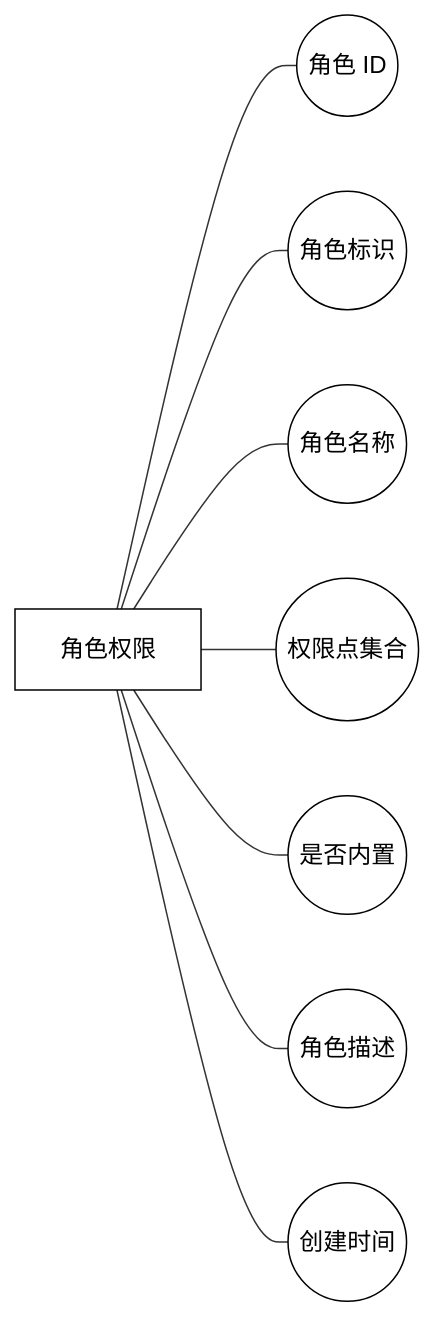
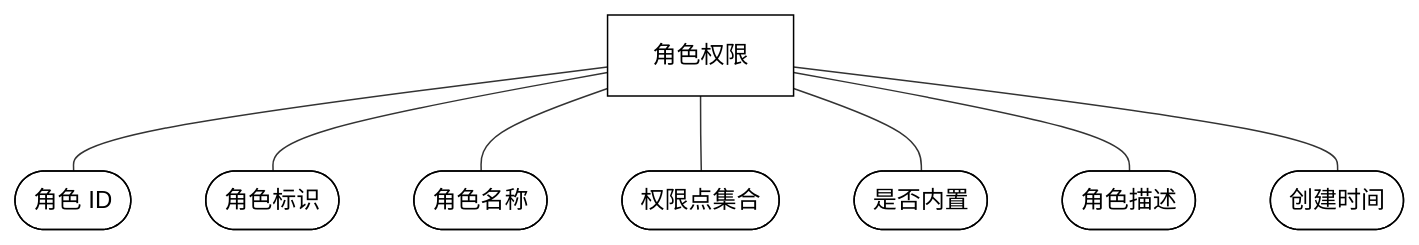
One commit to carl-Tu/campus-management changed diagram 31 of 31 in docs/功能需求分析与用例图.md. Above: the diagram before and after it, drawn with Mermaid. The commit also changed other lines of this file, not shown here.

Commit message:
docs：E-R图字段改为椭圆形，结构改为实体在上、字段在下的上下结构

````diff
--- a/docs/功能需求分析与用例图.md
+++ b/docs/功能需求分析与用例图.md
@@ -1263,22 +1263,22 @@
 ```mermaid
-flowchart LR
+flowchart TD
   E["角色权限"]
-  A1((角色 ID))
-  A2((角色标识))
-  A3((角色名称))
-  A4((权限点集合))
-  A5((是否内置))
-  A6((角色描述))
-  A7((创建时间))
+  A1([角色 ID])
+  A2([角色标识])
+  A3([角色名称])
+  A4([权限点集合])
+  A5([是否内置])
+  A6([角色描述])
+  A7([创建时间])
 
   E --- A1
   E --- A2
   E --- A3
   E --- A4
   E --- A5
   E --- A6
   E --- A7
 
   classDef box fill:#ffffff,stroke:#000000,stroke-width:1px,color:#000000
   class E,A1,A2,A3,A4,A5,A6,A7 box
 ```
````
